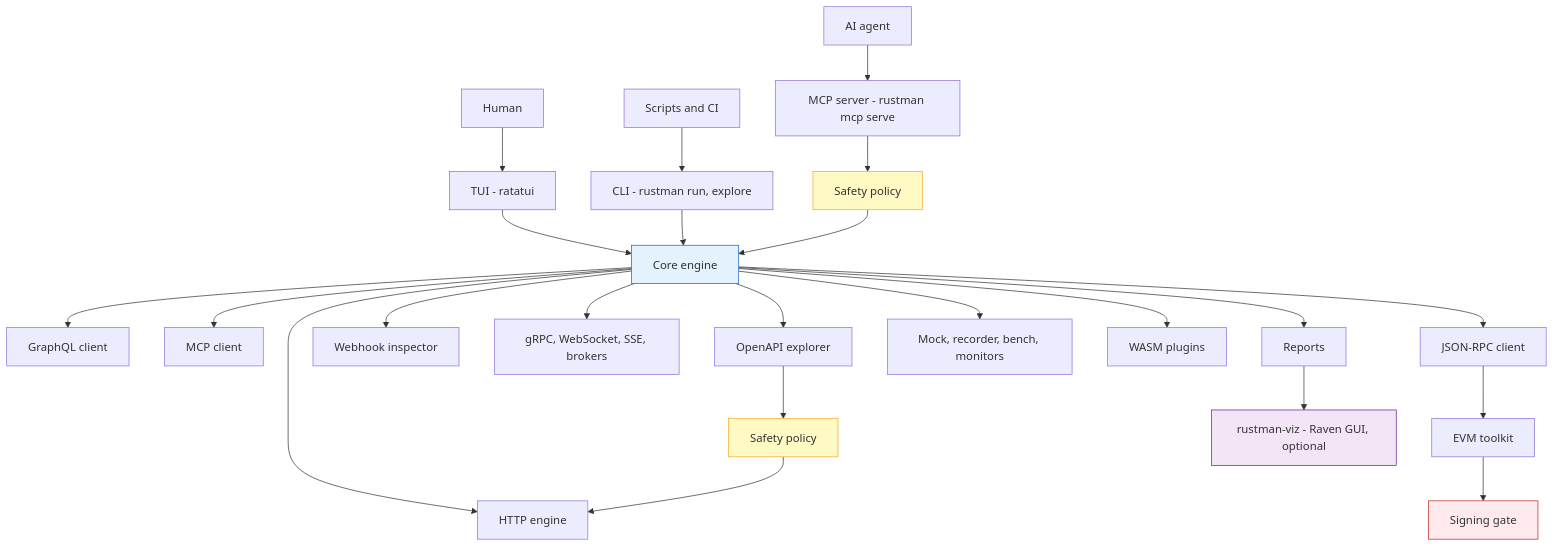
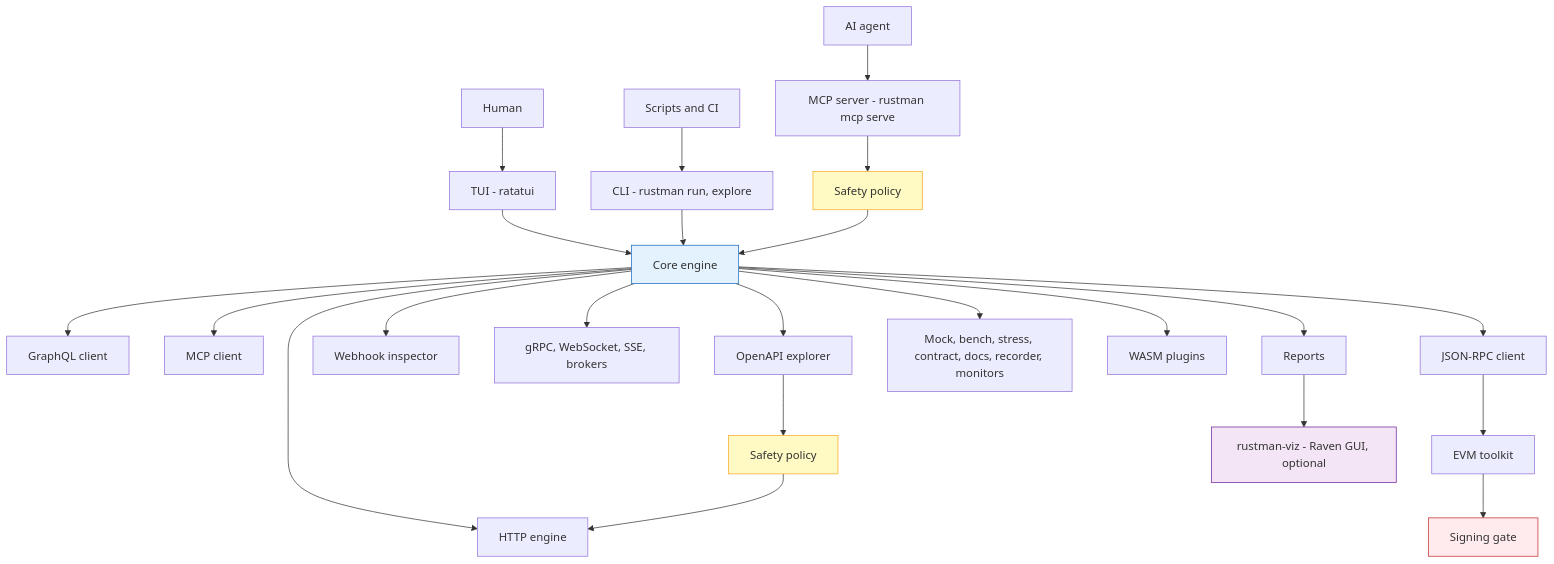
One commit to CyberdyneCorp/rustman changed the third of 3 diagrams in README.md. Above: the diagram before and after it, drawn with Mermaid. The commit also changed other lines of this file and 2 other files, not shown here.

First line of the commit message:
README and roadmap: v0.6 done, v0.7 in progress

````diff
--- a/README.md
+++ b/README.md
@@ -632,31 +648,31 @@
 ```mermaid
 graph TD
     H["Human"] --> TUI["TUI - ratatui"]
     S["Scripts and CI"] --> CLI["CLI - rustman run, explore"]
     A["AI agent"] --> MCPS["MCP server - rustman mcp serve"]
     TUI --> CORE["Core engine"]
     CLI --> CORE
     MCPS --> SAFE["Safety policy"]
     SAFE --> CORE
     CORE --> HTTP["HTTP engine"]
     CORE --> GQL["GraphQL client"]
     CORE --> MCPC["MCP client"]
     CORE --> EXP["OpenAPI explorer"]
     EXP --> SAFE2["Safety policy"]
     SAFE2 --> HTTP
     CORE --> WH["Webhook inspector"]
     CORE --> PROTO["gRPC, WebSocket, SSE, brokers"]
     CORE --> RPC["JSON-RPC client"]
     RPC --> EVM["EVM toolkit"]
     EVM --> GATE["Signing gate"]
-    CORE --> TOOLS["Mock, recorder, bench, monitors"]
+    CORE --> TOOLS["Mock, bench, stress, contract, docs, recorder, monitors"]
     CORE --> PLUG["WASM plugins"]
     CORE --> REP["Reports"]
     REP --> VIZ["rustman-viz - Raven GUI, optional"]
 
     style CORE fill:#E3F2FD,stroke:#1565C0
     style SAFE fill:#FFF9C4,stroke:#F9A825
     style SAFE2 fill:#FFF9C4,stroke:#F9A825
     style GATE fill:#FFEBEE,stroke:#C62828
     style VIZ fill:#F3E5F5,stroke:#6A1B9A
 ```
````
